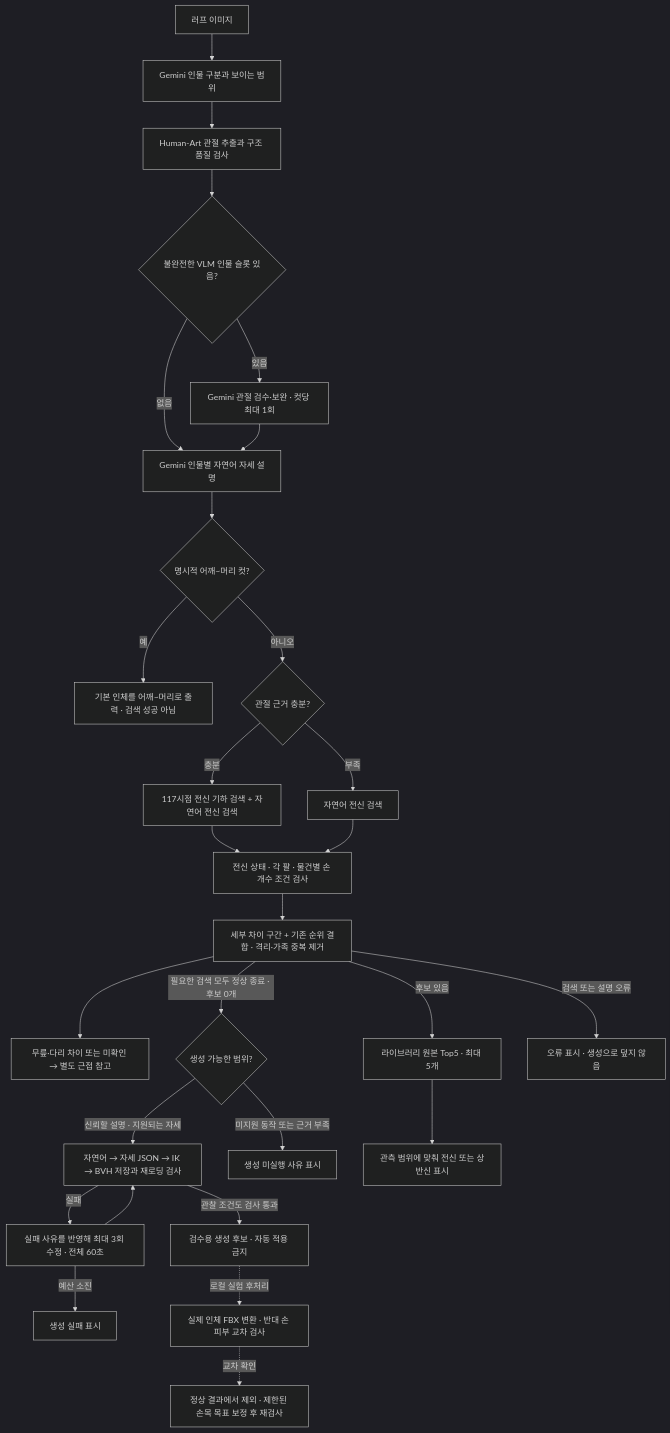
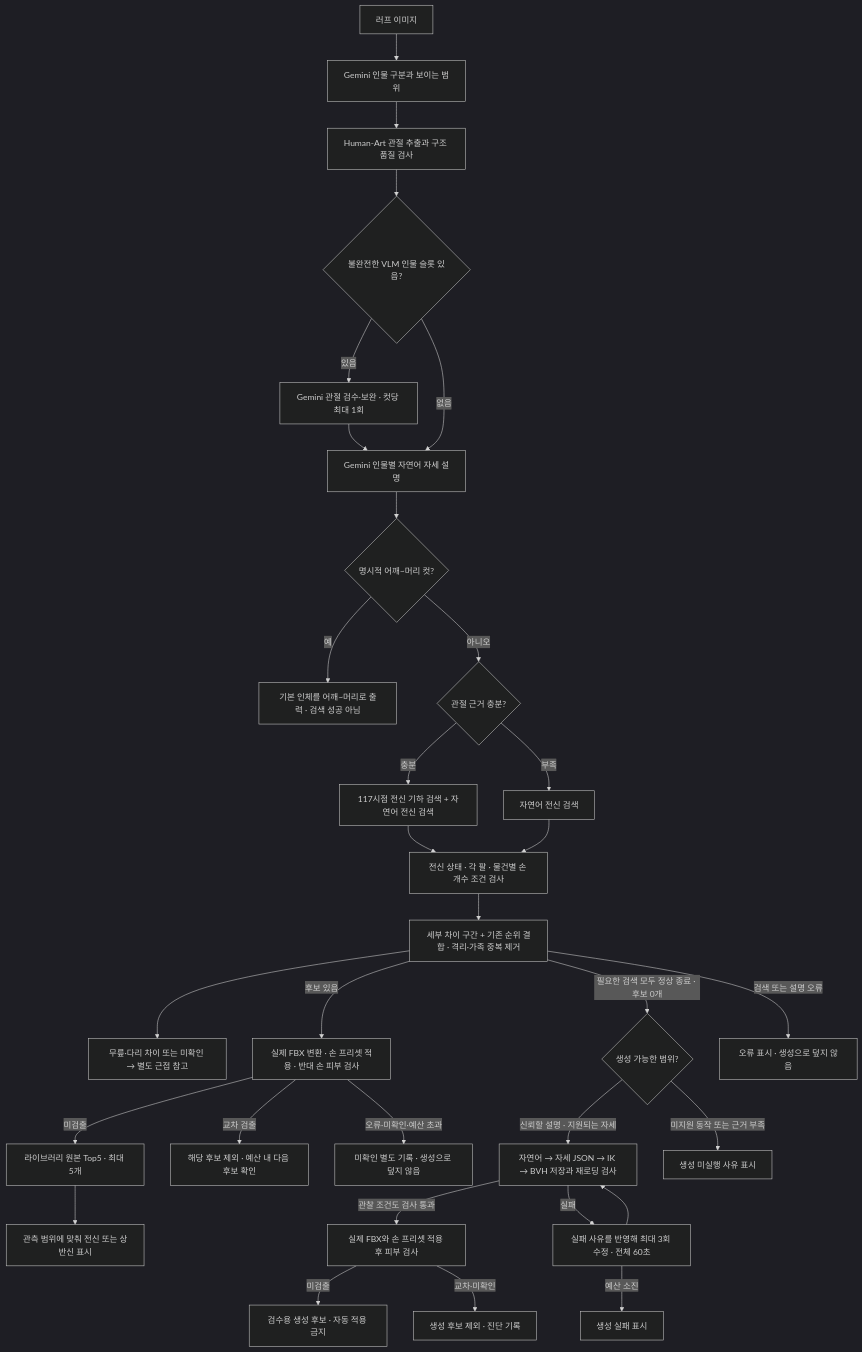
One commit to 04JUNG/Standin-server changed the diagram in docs/FULLBODY_DYNAMIC_ROUTING.md. Above: the diagram before and after it, drawn with Mermaid (dark theme). The commit also changed other lines of this file and 23 other files, not shown here.

````diff
--- a/docs/FULLBODY_DYNAMIC_ROUTING.md
+++ b/docs/FULLBODY_DYNAMIC_ROUTING.md
@@ -17,30 +21,33 @@
 ```mermaid
 flowchart TD
     A[러프 이미지] --> B[Gemini 인물 구분과 보이는 범위]
     B --> C[Human-Art 관절 추출과 구조 품질 검사]
     C --> V{불완전한 VLM 인물 슬롯 있음?}
     V -->|있음| W[Gemini 관절 검수·보완 · 컷당 최대 1회]
     V -->|없음| D[Gemini 인물별 자연어 자세 설명]
     W --> D
     D --> S{명시적 어깨~머리 컷?}
     S -->|예| T[기본 인체를 어깨~머리로 출력 · 검색 성공 아님]
     S -->|아니오| E{관절 근거 충분?}
     E -->|충분| F[117시점 전신 기하 검색 + 자연어 전신 검색]
     E -->|부족| G[자연어 전신 검색]
     F --> Q[전신 상태 · 각 팔 · 물건별 손 개수 조건 검사]
     G --> Q
     Q --> H[세부 차이 구간 + 기존 순위 결합 · 격리·가족 중복 제거]
     H --> R[무릎·다리 차이 또는 미확인 → 별도 근접 참고]
-    H -->|후보 있음| I[라이브러리 원본 Top5 · 최대 5개]
+    H -->|후보 있음| HS[실제 FBX 변환 · 손 프리셋 적용 · 반대 손 피부 검사]
+    HS -->|미검출| I[라이브러리 원본 Top5 · 최대 5개]
+    HS -->|교차 검출| HN[해당 후보 제외 · 예산 내 다음 후보 확인]
+    HS -->|오류·미확인·예산 초과| HX[미확인 별도 기록 · 생성으로 덮지 않음]
     H -->|필요한 검색 모두 정상 종료 · 후보 0개| J{생성 가능한 범위?}
     H -->|검색 또는 설명 오류| X[오류 표시 · 생성으로 덮지 않음]
     J -->|신뢰할 설명 · 지원되는 자세| K[자연어 → 자세 JSON → IK → BVH 저장과 재로딩 검사]
     J -->|미지원 동작 또는 근거 부족| N[생성 미실행 사유 표시]
-    K -->|관찰 조건도 검사 통과| L[검수용 생성 후보 · 자동 적용 금지]
+    K -->|관찰 조건도 검사 통과| GS[실제 FBX와 손 프리셋 적용 후 피부 검사]
+    GS -->|미검출| L[검수용 생성 후보 · 자동 적용 금지]
+    GS -->|교차·미확인| GX[생성 후보 제외 · 진단 기록]
     K -->|실패| M[실패 사유를 반영해 최대 3회 수정 · 전체 60초]
     M --> K
     M -->|예산 소진| O[생성 실패 표시]
     I --> P[관측 범위에 맞춰 전신 또는 상반신 표시]
-    L -. 로컬 실험 후처리 .-> V3[실제 인체 FBX 변환 · 반대 손 피부 교차 검사]
-    V3 -. 교차 확인 .-> V4[정상 결과에서 제외 · 제한된 손목 목표 보정 후 재검사]
 ```
````
